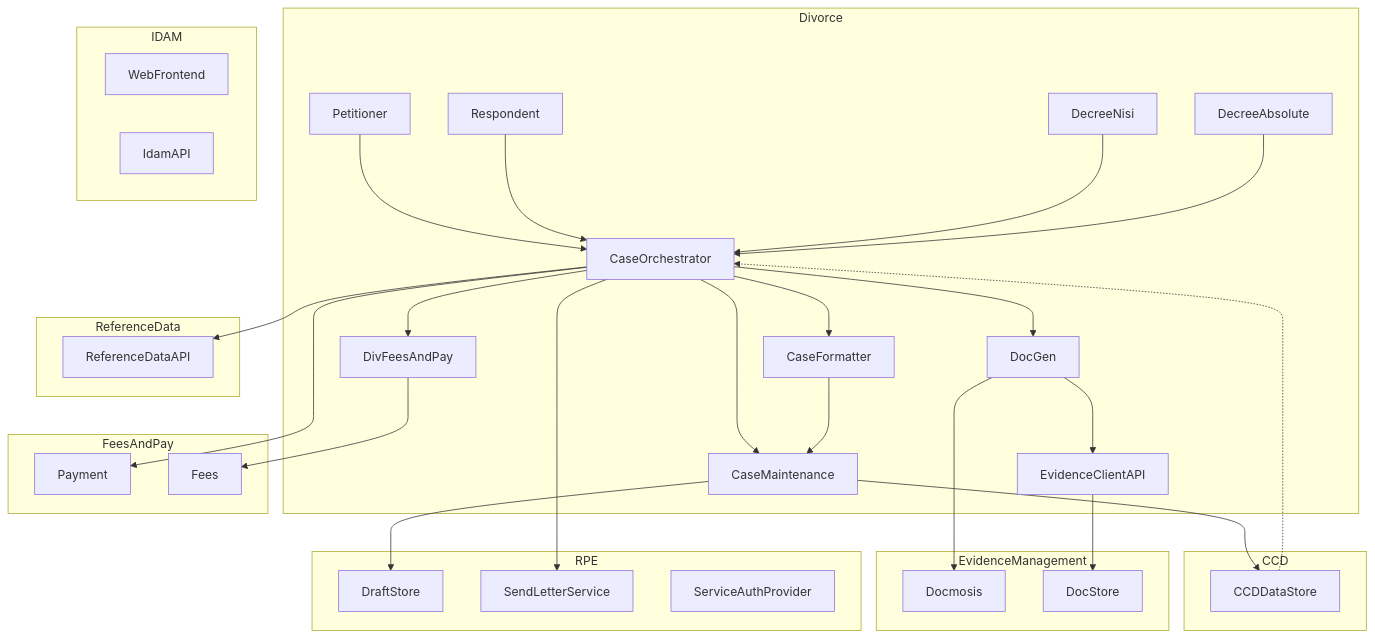
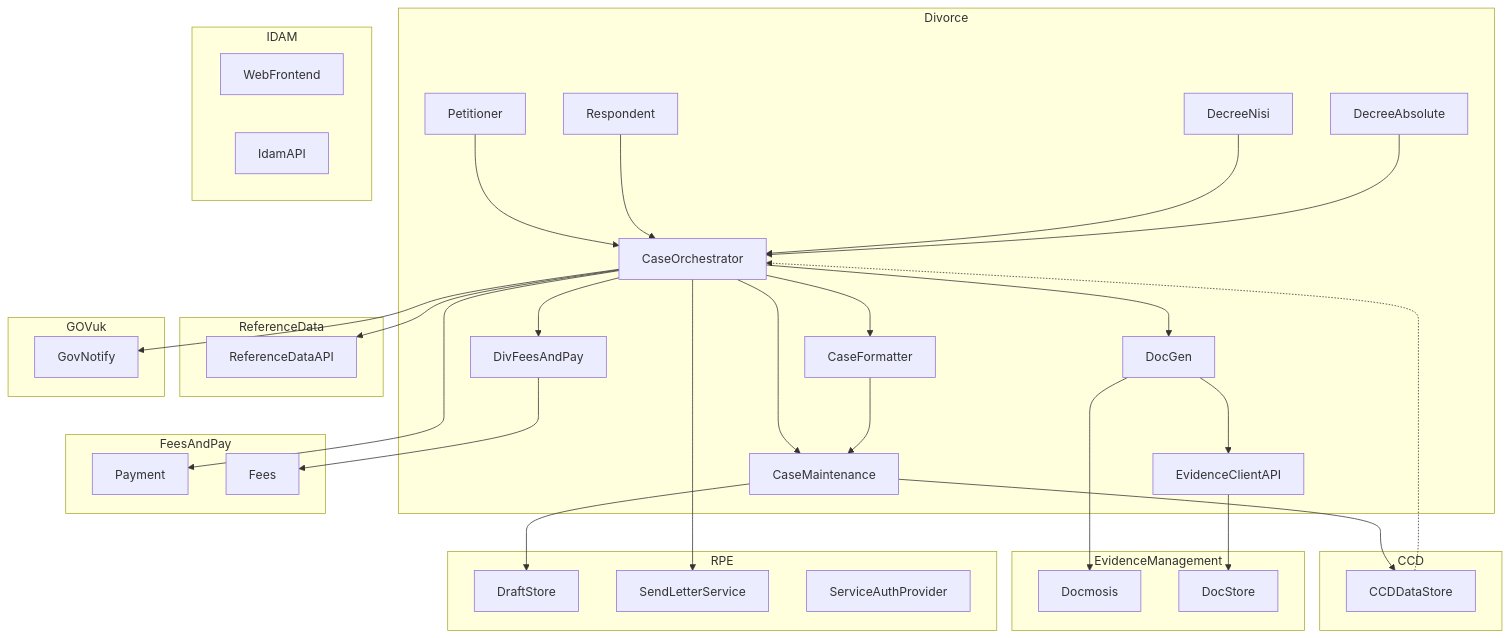
The diagram in mermaid/as-is-overview.mmd (hmcts/nfdiv-discovery-documentation), drawn with Mermaid before and after one commit. The commit also changed 1 other file, not shown here.

Commit message:
Added gov notify, added section on infra and pipelines

```diff
--- a/mermaid/as-is-overview.mmd
+++ b/mermaid/as-is-overview.mmd
@@ -1,66 +1,71 @@
 graph TD
 
   subgraph Divorce
     Petitioner
     Respondent
     DecreeNisi
     DecreeAbsolute
 
     CaseOrchestrator
     CaseFormatter
     CaseMaintenance
     DocGen
     EvidenceClientAPI
     DivFeesAndPay
 
     Petitioner-->CaseOrchestrator
     Respondent-->CaseOrchestrator
     DecreeNisi-->CaseOrchestrator
     DecreeAbsolute-->CaseOrchestrator
 
     CaseOrchestrator-->CaseMaintenance
     CaseOrchestrator-->CaseFormatter
     CaseOrchestrator-->DivFeesAndPay
     CaseFormatter-->CaseMaintenance
     CaseOrchestrator-->DocGen
     DocGen-->EvidenceClientAPI
   end
 
   subgraph IDAM
     WebFrontend
     IdamAPI
   end
 
   subgraph CCD
     CCDDataStore
   end
 
   subgraph EvidenceManagement
     Docmosis
     DocStore
   end
 
   subgraph RPE
     DraftStore
     SendLetterService
     ServiceAuthProvider
   end
 
   subgraph FeesAndPay
     Payment
     Fees
   end
 
   subgraph ReferenceData
     ReferenceDataAPI
   end
 
+  subgraph GOVuk
+    GovNotify
+  end
+
   DocGen-->Docmosis
   EvidenceClientAPI-->DocStore
   CaseMaintenance-->DraftStore
   CaseMaintenance-->CCDDataStore
   CCDDataStore-.->CaseOrchestrator
   CaseOrchestrator-->Payment
   CaseOrchestrator-->SendLetterService
   CaseOrchestrator-->ReferenceDataAPI
+  CaseOrchestrator-->GovNotify
   DivFeesAndPay-->Fees
```
